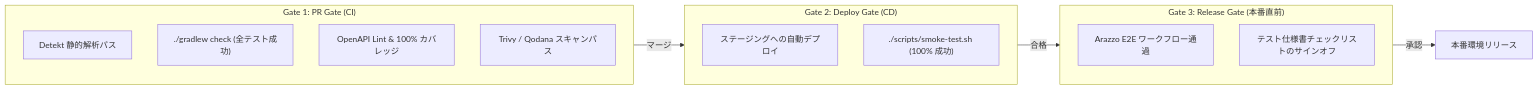
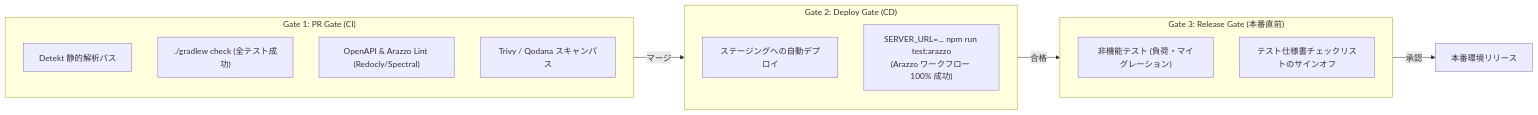
The third of 3 diagrams in docs/testing/test-strategy.md (tom009924/sandbox), drawn with Mermaid before and after one commit. The commit also changed other lines of this file and 1 other file, not shown here.

First line of the commit message:
docs: establish Arazzo workflow testing as primary runner for test environments

````diff
--- a/docs/testing/test-strategy.md
+++ b/docs/testing/test-strategy.md
@@ -89,23 +90,23 @@
 ```mermaid
 flowchart LR
     subgraph Gate1["Gate 1: PR Gate (CI)"]
         G1_1["Detekt 静的解析パス"]
         G1_2["./gradlew check (全テスト成功)"]
-        G1_3["OpenAPI Lint & 100% カバレッジ"]
+        G1_3["OpenAPI & Arazzo Lint (Redocly/Spectral)"]
         G1_4["Trivy / Qodana スキャンパス"]
     end
 
     subgraph Gate2["Gate 2: Deploy Gate (CD)"]
         G2_1["ステージングへの自動デプロイ"]
-        G2_2["./scripts/smoke-test.sh (100% 成功)"]
+        G2_2["SERVER_URL=... npm run test:arazzo\n(Arazzo ワークフロー 100% 成功)"]
     end
 
     subgraph Gate3["Gate 3: Release Gate (本番直前)"]
-        G3_1["Arazzo E2E ワークフロー通過"]
+        G3_1["非機能テスト (負荷・マイグレーション)"]
         G3_2["テスト仕様書チェックリストのサインオフ"]
     end
 
     Gate1 -->|マージ| Gate2
     Gate2 -->|合格| Gate3
     Gate3 -->|承認| Production["本番環境リリース"]
 ```
````
